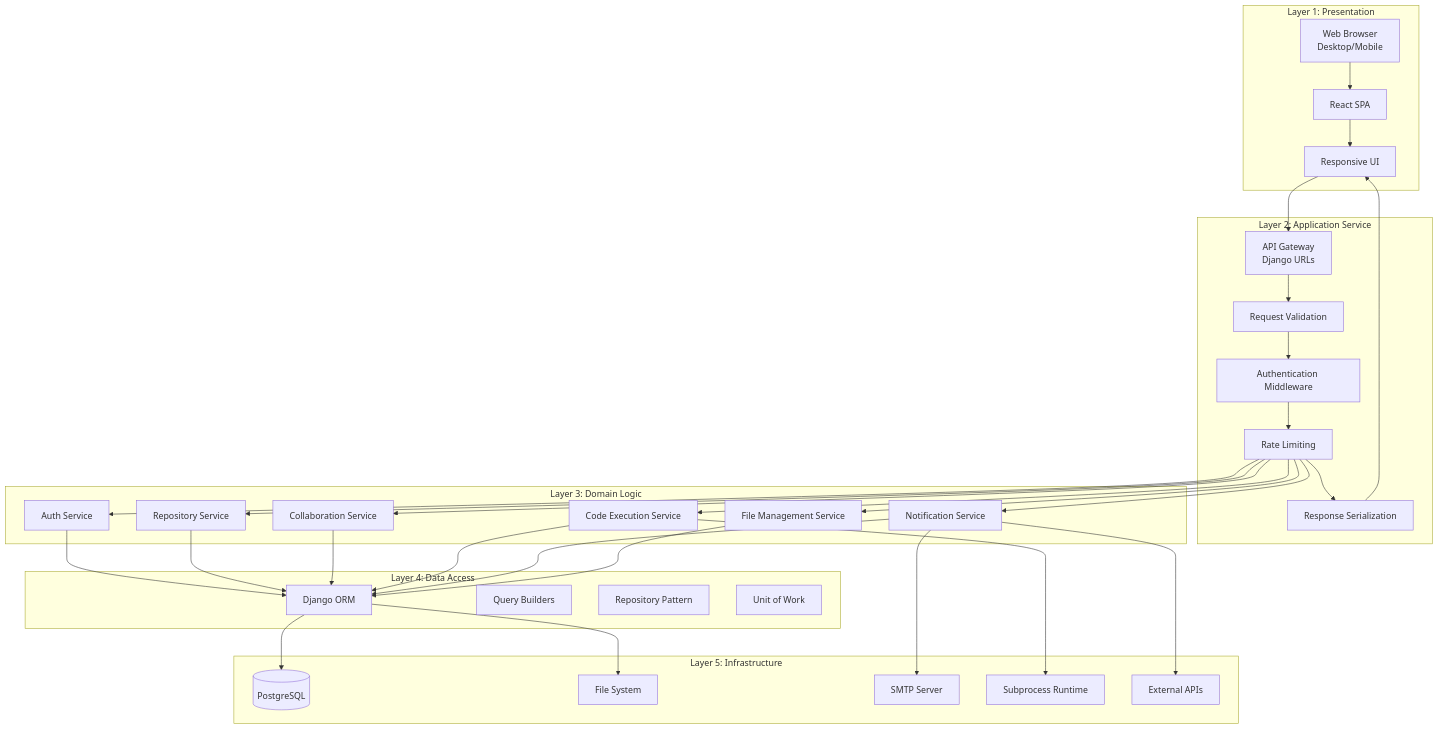
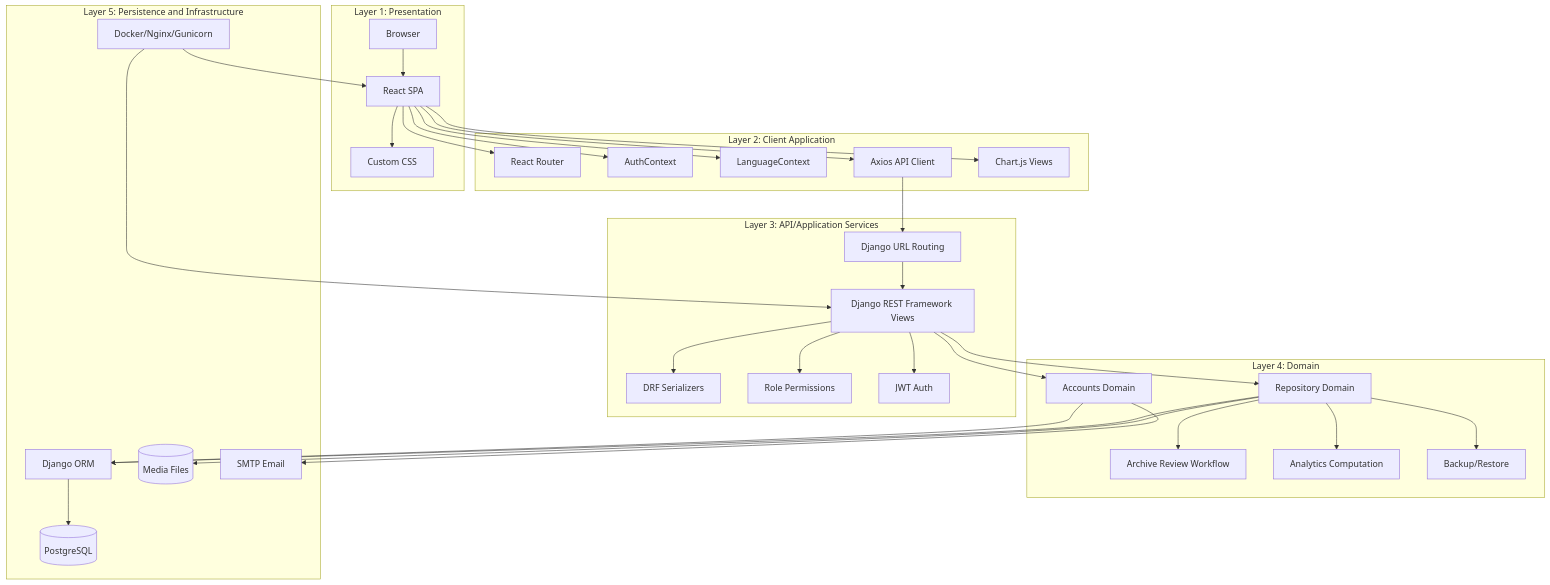
One commit to vinxe94/SaliksikLab changed the first of 4 diagrams in MULTI_LAYER_ARCHITECTURE.md. Above: the diagram before and after it, drawn with Mermaid. The commit also changed other lines of this file and 59 other files, not shown here.

````diff
--- a/MULTI_LAYER_ARCHITECTURE.md
+++ b/MULTI_LAYER_ARCHITECTURE.md
@@ -25,66 +9,65 @@
 ```mermaid
 graph TB
-    subgraph "Layer 1: Presentation"
-        A1[Web Browser<br/>Desktop/Mobile]
-        A2[React SPA]
-        A3[Responsive UI]
+    subgraph L1["Layer 1: Presentation"]
+        Browser[Browser]
+        React[React SPA]
+        CSS[Custom CSS]
     end
-    
-    subgraph "Layer 2: Application Service"
-        B1[API Gateway<br/>Django URLs]
-        B2[Request Validation]
-        B3[Authentication Middleware]
-        B4[Rate Limiting]
-        B5[Response Serialization]
+
+    subgraph L2["Layer 2: Client Application"]
+        Router[React Router]
+        AuthContext[AuthContext]
+        LanguageContext[LanguageContext]
+        Axios[Axios API Client]
+        Charts[Chart.js Views]
     end
-    
-    subgraph "Layer 3: Domain Logic"
-        C1[Auth Service]
-        C2[Repository Service]
-        C3[Collaboration Service]
-        C4[Code Execution Service]
-        C5[Notification Service]
-        C6[File Management Service]
+
+    subgraph L3["Layer 3: API/Application Services"]
+        URLs[Django URL Routing]
+        DRF[Django REST Framework Views]
+        Serializers[DRF Serializers]
+        Permissions[Role Permissions]
+        JWT[JWT Auth]
     end
-    
-    subgraph "Layer 4: Data Access"
-        D1[Django ORM]
-        D2[Query Builders]
-        D3[Repository Pattern]
-        D4[Unit of Work]
+
+    subgraph L4["Layer 4: Domain"]
+        Accounts[Accounts Domain]
+        Repository[Repository Domain]
+        Review[Archive Review Workflow]
+        Analytics[Analytics Computation]
+        Backup[Backup/Restore]
     end
-    
-    subgraph "Layer 5: Infrastructure"
-        E1[(PostgreSQL)]
-        E2[File System]
-        E3[SMTP Server]
-        E4[Subprocess Runtime]
-        E5[External APIs]
+
+    subgraph L5["Layer 5: Persistence and Infrastructure"]
+        ORM[Django ORM]
+        Postgres[(PostgreSQL)]
+        Media[(Media Files)]
+        SMTP[SMTP Email]
+        Docker[Docker/Nginx/Gunicorn]
     end
-    
-    A1 --> A2
-    A2 --> A3
-    A3 --> B1
-    B1 --> B2
-    B2 --> B3
-    B3 --> B4
-    B4 --> C1
-    B4 --> C2
-    B4 --> C3
-    B4 --> C4
-    B4 --> C5
-    B4 --> C6
-    C1 --> D1
-    C2 --> D1
-    C3 --> D1
-    C4 --> D1
-    C5 --> D1
-    C6 --> D1
-    D1 --> E1
-    D1 --> E2
-    C5 --> E3
-    C4 --> E4
-    C5 --> E5
-    B4 --> B5
-    B5 --> A3
+
+    Browser --> React
+    React --> CSS
+    React --> Router
+    React --> AuthContext
+    React --> LanguageContext
+    React --> Axios
+    React --> Charts
+    Axios --> URLs
+    URLs --> DRF
+    DRF --> Serializers
+    DRF --> Permissions
+    DRF --> JWT
+    DRF --> Accounts
+    DRF --> Repository
+    Repository --> Review
+    Repository --> Analytics
+    Repository --> Backup
+    Accounts --> ORM
+    Repository --> ORM
+    ORM --> Postgres
+    Repository --> Media
+    Accounts --> SMTP
+    Docker --> React
+    Docker --> DRF
 ```
````
